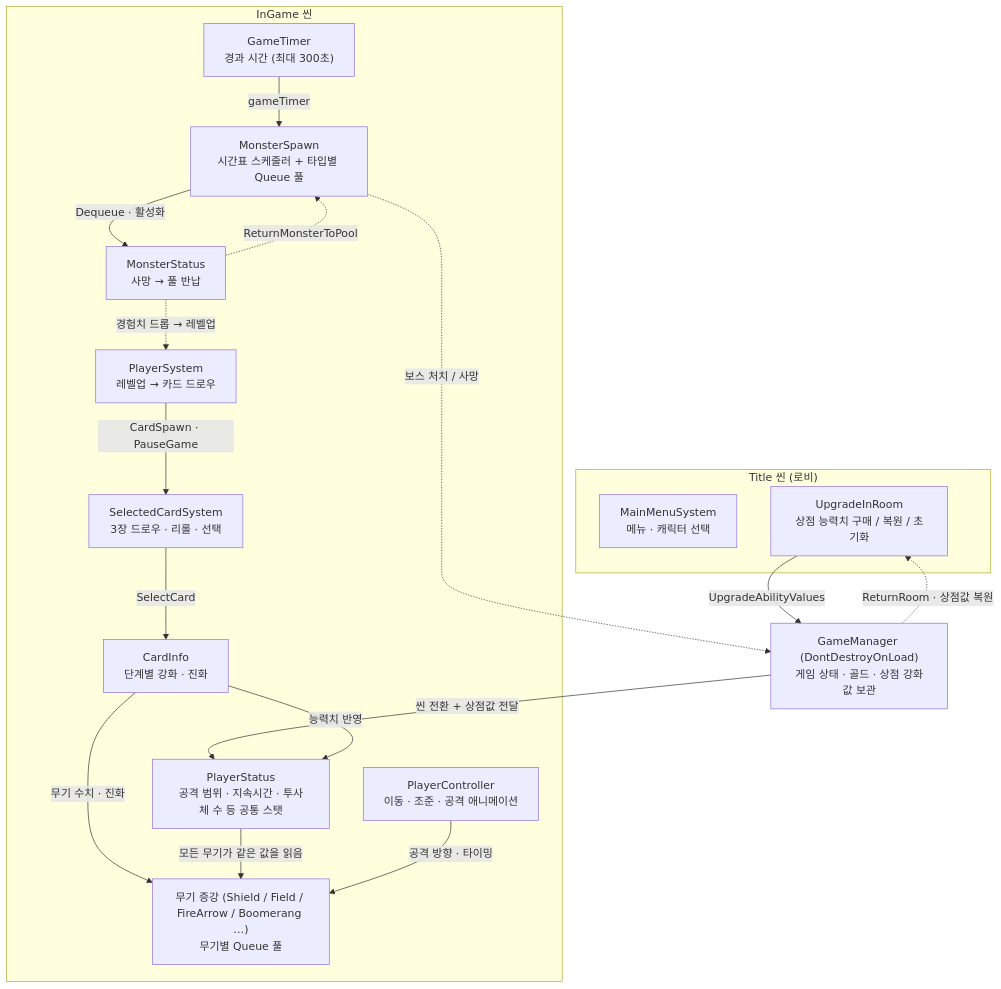
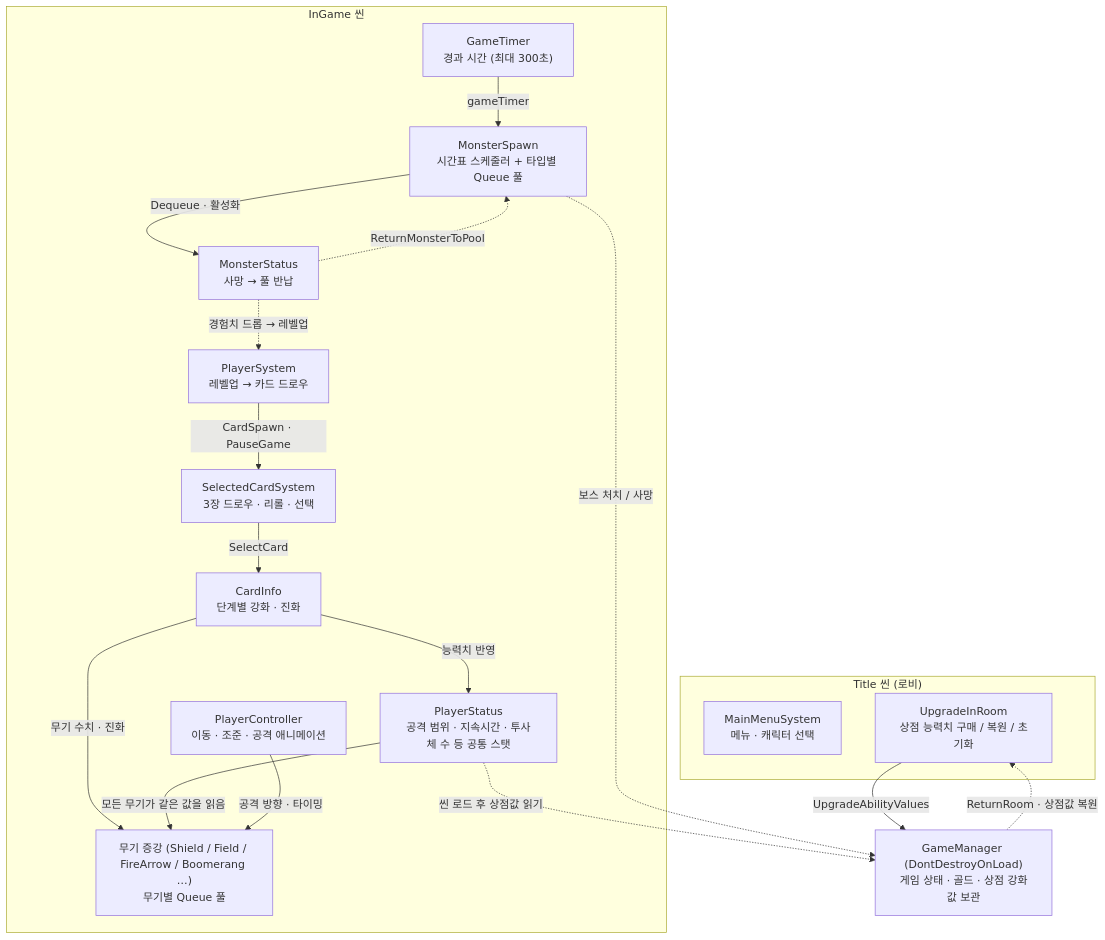
Before and after one commit to NaJungWon/portfolio: the first of 11 diagrams in src/03-dgs/기술문서.md, drawn with Mermaid. The commit also changed other lines of this file, not shown here.

````diff
--- a/src/03-dgs/기술문서.md
+++ b/src/03-dgs/기술문서.md
@@ -81,36 +81,36 @@
 ```mermaid
 flowchart TB
     subgraph LOBBY["Title 씬 (로비)"]
         MM["MainMenuSystem<br/>메뉴 · 캐릭터 선택"]
         SHOP["UpgradeInRoom<br/>상점 능력치 구매 / 복원 / 초기화"]
     end
 
     GM["GameManager (DontDestroyOnLoad)<br/>게임 상태 · 골드 · 상점 강화값 보관"]
 
     subgraph BATTLE["InGame 씬"]
         PC["PlayerController<br/>이동 · 조준 · 공격 애니메이션"]
         GT["GameTimer<br/>경과 시간 (최대 300초)"]
         MS["MonsterSpawn<br/>시간표 스케줄러 + 타입별 Queue 풀"]
         MST["MonsterStatus<br/>사망 → 풀 반납"]
         PSYS["PlayerSystem<br/>레벨업 → 카드 드로우"]
         SCS["SelectedCardSystem<br/>3장 드로우 · 리롤 · 선택"]
         CI["CardInfo<br/>단계별 강화 · 진화"]
         W["무기 증강 (Shield / Field / FireArrow / Boomerang …)<br/>무기별 Queue 풀"]
         PST["PlayerStatus<br/>공격 범위 · 지속시간 · 투사체 수 등 공통 스탯"]
     end
 
     SHOP -->|"UpgradeAbilityValues"| GM
-    GM -->|"씬 전환 + 상점값 전달"| PST
+    PST -.->|"씬 로드 후 상점값 읽기"| GM
     GT -->|"gameTimer"| MS
     MS -->|"Dequeue · 활성화"| MST
     MST -.->|"ReturnMonsterToPool"| MS
     MST -.->|"경험치 드롭 → 레벨업"| PSYS
     PSYS -->|"CardSpawn · PauseGame"| SCS
     SCS -->|"SelectCard"| CI
     CI -->|"무기 수치 · 진화"| W
     CI -->|"능력치 반영"| PST
     PST -->|"모든 무기가 같은 값을 읽음"| W
     PC -->|"공격 방향 · 타이밍"| W
     MS -.->|"보스 처치 / 사망"| GM
     GM -.->|"ReturnRoom · 상점값 복원"| SHOP
 ```
````
